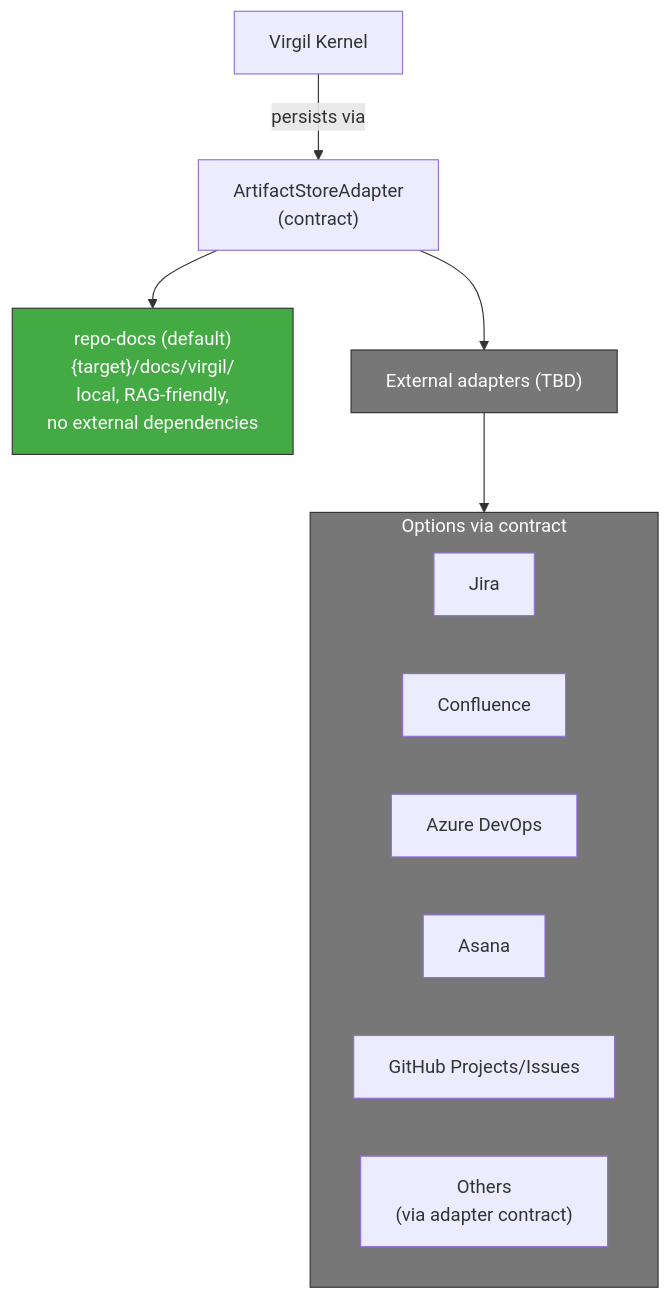
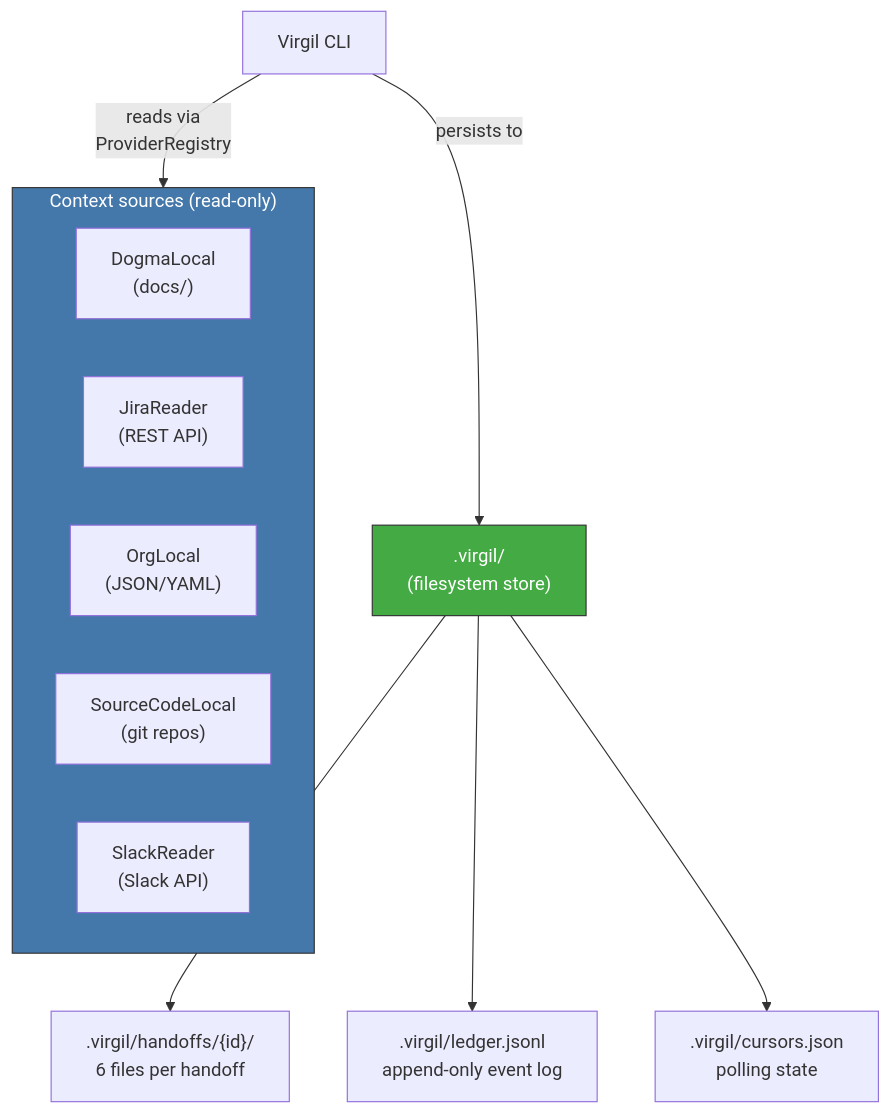
One commit to virgenherrera/virgil changed the first of 2 diagrams in docs/reference/principia/sections/21-knowledge-storage.md. Above: the diagram before and after it, drawn with Mermaid. The commit also changed other lines of this file and 31 other files, not shown here.

````diff
--- a/docs/reference/principia/sections/21-knowledge-storage.md
+++ b/docs/reference/principia/sections/21-knowledge-storage.md
@@ -49,24 +49,22 @@
 ```mermaid
 flowchart TD
-    VIRGIL["Virgil Kernel"]
-    VIRGIL -->|"persists via"| ASA["ArtifactStoreAdapter\n(contract)"]
+    VIRGIL["Virgil CLI"]
+    VIRGIL -->|"persists to"| FS[".virgil/\n(filesystem store)"]
 
-    ASA --> DEFAULT["repo-docs (default)\n{target}/docs/virgil/\nlocal, RAG-friendly,\nno external dependencies"]
+    FS --> HANDOFFS[".virgil/handoffs/{id}/\n6 files per handoff"]
+    FS --> LEDGER[".virgil/ledger.jsonl\nappend-only event log"]
+    FS --> CURSORS[".virgil/cursors.json\npolling state"]
 
-    ASA --> EXT["External adapters (TBD)"]
-
-    subgraph EXTERNOS["Options via contract"]
-        JIRA["Jira"]
-        CONF["Confluence"]
-        AZURE["Azure DevOps"]
-        ASANA["Asana"]
-        GH["GitHub Projects/Issues"]
-        OTROS["Others\n(via adapter contract)"]
+    subgraph PROVIDERS["Context sources (read-only)"]
+        DOGMA["DogmaLocal\n(docs/)"]
+        JIRA["JiraReader\n(REST API)"]
+        ORG["OrgLocal\n(JSON/YAML)"]
+        SC["SourceCodeLocal\n(git repos)"]
+        SLACK["SlackReader\n(Slack API)"]
     end
 
-    EXT --> EXTERNOS
+    VIRGIL -->|"reads via\nProviderRegistry"| PROVIDERS
 
-    style DEFAULT fill:#4a4,stroke:#333,color:#fff
-    style EXT fill:#777,stroke:#333,color:#fff
-    style EXTERNOS fill:#777,stroke:#333,color:#fff
+    style FS fill:#4a4,stroke:#333,color:#fff
+    style PROVIDERS fill:#47a,stroke:#333,color:#fff
 ```
````
